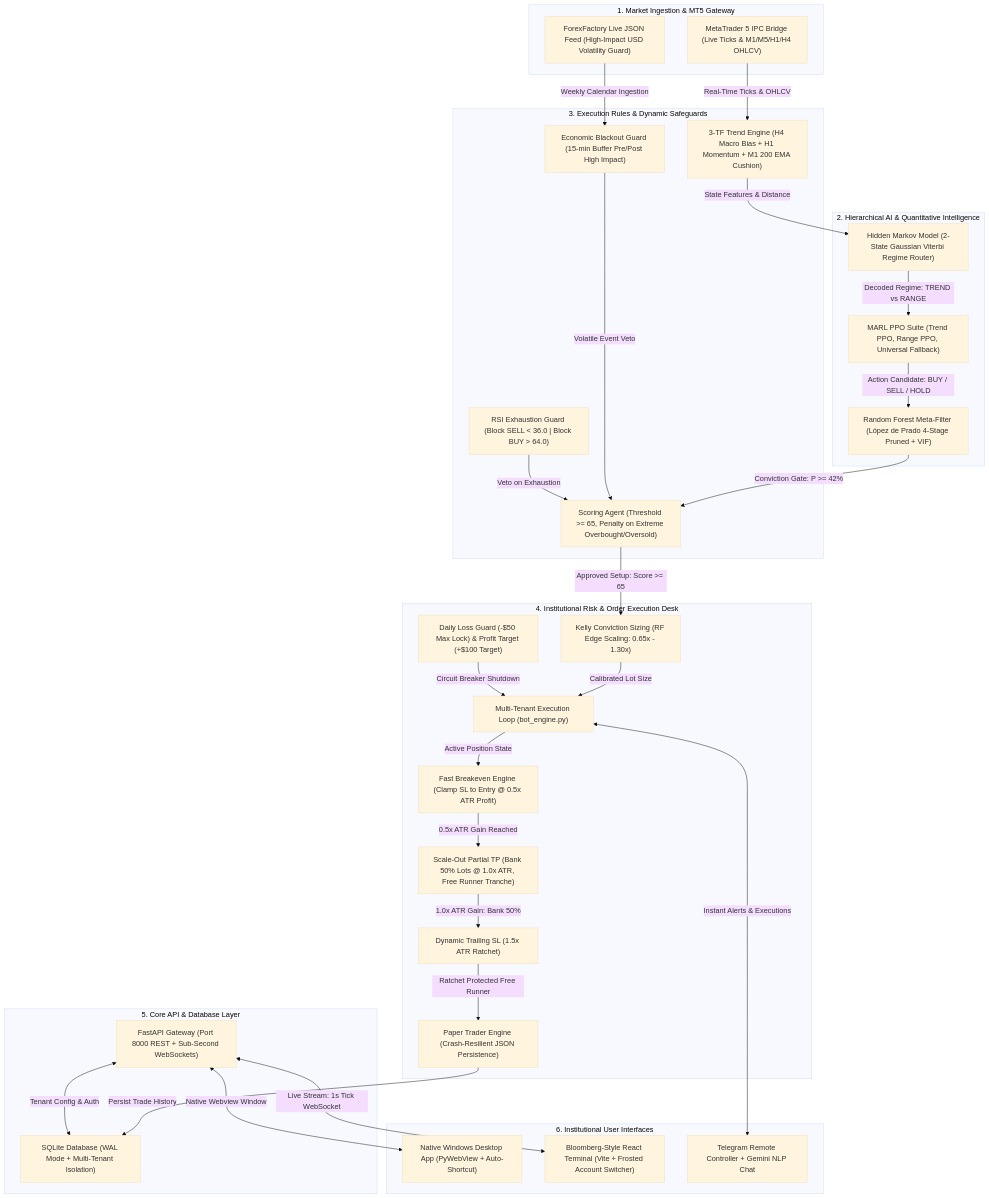
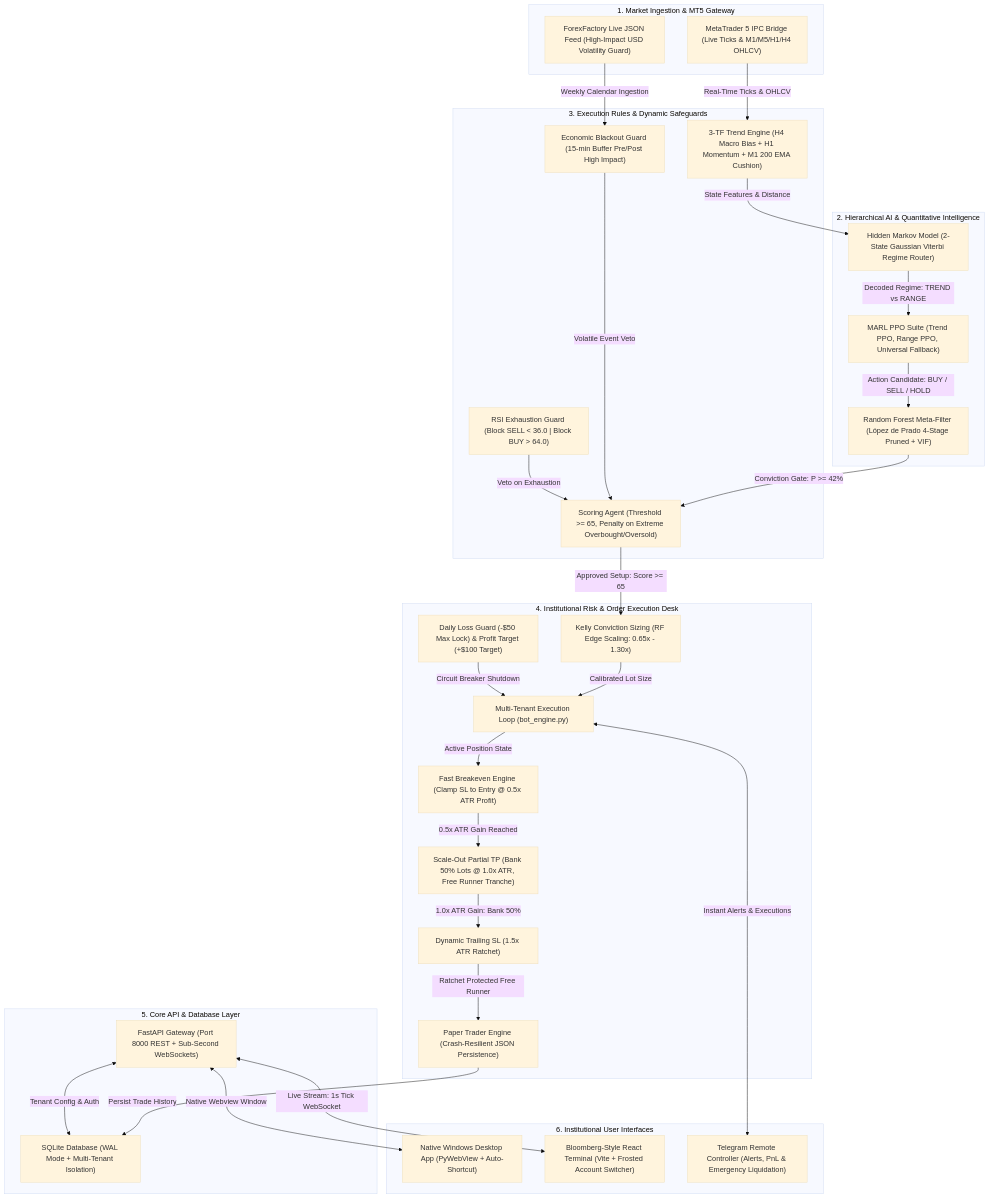
One commit to sahil5812/Nur changed the diagram in README.md. Above: the diagram before and after it, drawn with Mermaid (base theme). The commit also changed other lines of this file, not shown here.

Commit message:
docs: remove unpolished Gemini voice feature and add explicit paper trading disclaimer

````diff
--- a/README.md
+++ b/README.md
@@ -41,64 +45,64 @@
 ```mermaid
 graph TD
     subgraph MarketFeeds ["1. Market Ingestion & MT5 Gateway"]
         MT5["MetaTrader 5 IPC Bridge (Live Ticks & M1/M5/H1/H4 OHLCV)"]
         NewsFeed["ForexFactory Live JSON Feed (High-Impact USD Volatility Guard)"]
     end
 
     subgraph IntelligenceLayer ["2. Hierarchical AI & Quantitative Intelligence"]
         HMM["Hidden Markov Model (2-State Gaussian Viterbi Regime Router)"]
         MARL["MARL PPO Suite (Trend PPO, Range PPO, Universal Fallback)"]
         RF["Random Forest Meta-Filter (López de Prado 4-Stage Pruned + VIF)"]
     end
 
     subgraph TechnicalGuards ["3. Execution Rules & Dynamic Safeguards"]
         MTF["3-TF Trend Engine (H4 Macro Bias + H1 Momentum + M1 200 EMA Cushion)"]
         RSIGuard["RSI Exhaustion Guard (Block SELL < 36.0 | Block BUY > 64.0)"]
         NewsGuard["Economic Blackout Guard (15-min Buffer Pre/Post High Impact)"]
         Scoring["Scoring Agent (Threshold >= 65, Penalty on Extreme Overbought/Oversold)"]
     end
 
     subgraph RiskEngine ["4. Institutional Risk & Order Execution Desk"]
         BotEngine["Multi-Tenant Execution Loop (bot_engine.py)"]
         KellySizing["Kelly Conviction Sizing (RF Edge Scaling: 0.65x - 1.30x)"]
         FastBE["Fast Breakeven Engine (Clamp SL to Entry @ 0.5x ATR Profit)"]
         ScaleOut["Scale-Out Partial TP (Bank 50% Lots @ 1.0x ATR, Free Runner Tranche)"]
         TrailSL["Dynamic Trailing SL (1.5x ATR Ratchet)"]
         DailyLock["Daily Loss Guard (-$50 Max Lock) & Profit Target (+$100 Target)"]
         PaperTrader["Paper Trader Engine (Crash-Resilient JSON Persistence)"]
     end
 
     subgraph Backend ["5. Core API & Database Layer"]
         FastAPI["FastAPI Gateway (Port 8000 REST + Sub-Second WebSockets)"]
         DB["SQLite Database (WAL Mode + Multi-Tenant Isolation)"]
     end
 
     subgraph ClientInterfaces ["6. Institutional User Interfaces"]
         DesktopApp["Native Windows Desktop App (PyWebView + Auto-Shortcut)"]
         ReactUI["Bloomberg-Style React Terminal (Vite + Frosted Account Switcher)"]
-        TelegramBot["Telegram Remote Controller + Gemini NLP Chat"]
+        TelegramBot["Telegram Remote Controller (Alerts, PnL & Emergency Liquidation)"]
     end
 
     MT5 -->|Real-Time Ticks & OHLCV| MTF
     NewsFeed -->|Weekly Calendar Ingestion| NewsGuard
     MTF -->|State Features & Distance| HMM
     HMM -->|Decoded Regime: TREND vs RANGE| MARL
     MARL -->|Action Candidate: BUY / SELL / HOLD| RF
     RF -->|Conviction Gate: P >= 42%| Scoring
     NewsGuard -->|Volatile Event Veto| Scoring
     RSIGuard -->|Veto on Exhaustion| Scoring
     Scoring -->|Approved Setup: Score >= 65| KellySizing
     KellySizing -->|Calibrated Lot Size| BotEngine
 
     BotEngine -->|Active Position State| FastBE
     FastBE -->|0.5x ATR Gain Reached| ScaleOut
     ScaleOut -->|1.0x ATR Gain: Bank 50%| TrailSL
     TrailSL -->|Ratchet Protected Free Runner| PaperTrader
     PaperTrader -->|Persist Trade History| DB
     DailyLock -->|Circuit Breaker Shutdown| BotEngine
 
     FastAPI <-->|Live Stream: 1s Tick WebSocket| ReactUI
     FastAPI <-->|Native Webview Window| DesktopApp
     BotEngine <-->|Instant Alerts & Executions| TelegramBot
     FastAPI <-->|Tenant Config & Auth| DB
 ```
````
